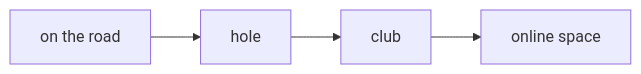
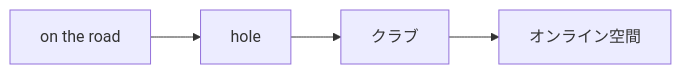
The third of 3 diagrams in en/_posts/2026-02-06-column-music-urban-space.md (monumental-movement/monumental-movement.github.io), drawn with Mermaid before and after one commit. The commit also changed other lines of this file and 2196 other files, not shown here.

```diff
--- a/en/_posts/2026-02-06-column-music-urban-space.md
+++ b/en/_posts/2026-02-06-column-music-urban-space.md
@@ -213,6 +212,6 @@
 <div class="mermaid">
 flowchart LR
 A[on the road] --> B[hole]
-B --> C[club]
-C --> D[online space]
+B --> C[クラブ]
+C --> D[オンライン空間]
 </div>
```
